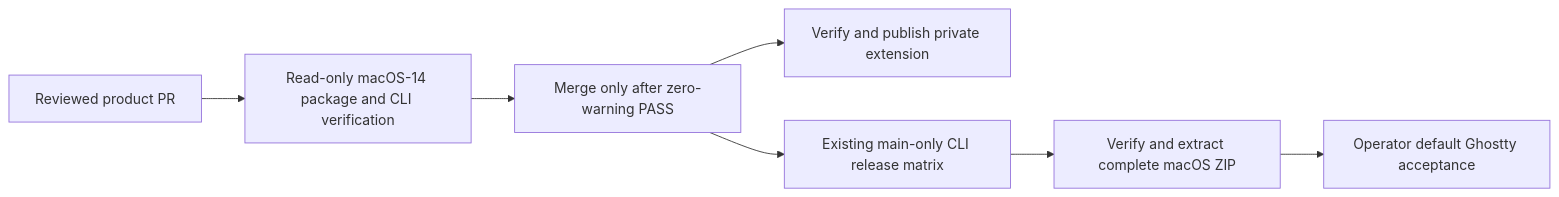
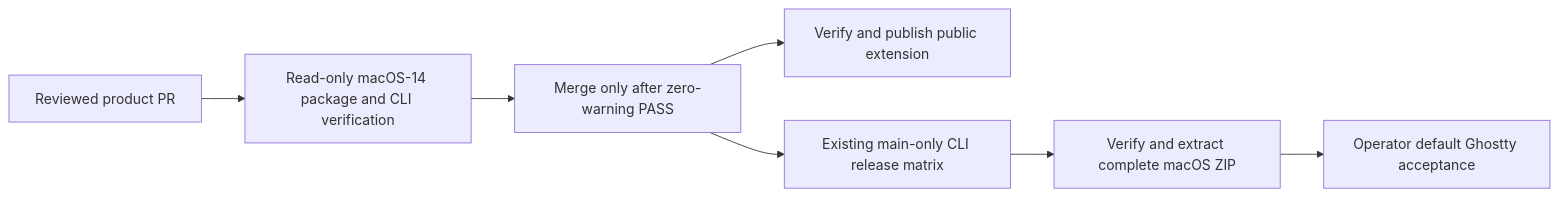
The fifth of 6 diagrams in docs/phases/phase-70.1-text-interaction-foundation.md (katasec/mission-control-language), drawn with Mermaid before and after one commit. The commit also changed other lines of this file and 3 other files, not shown here.

Commit message:
docs(phase70): accept public extension package visibility

````diff
--- a/docs/phases/phase-70.1-text-interaction-foundation.md
+++ b/docs/phases/phase-70.1-text-interaction-foundation.md
@@ -347,9 +347,9 @@
 ```mermaid
 flowchart LR
     PR[Reviewed product PR] --> Check[Read-only macOS-14 package and CLI verification]
     Check --> Merge[Merge only after zero-warning PASS]
-    Merge --> Package[Verify and publish private extension]
+    Merge --> Package[Verify and publish public extension]
     Merge --> Release[Existing main-only CLI release matrix]
     Release --> Install[Verify and extract complete macOS ZIP]
     Install --> Manual[Operator default Ghostty acceptance]
 ```
````
